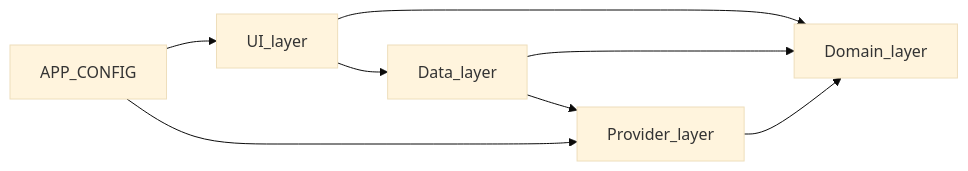
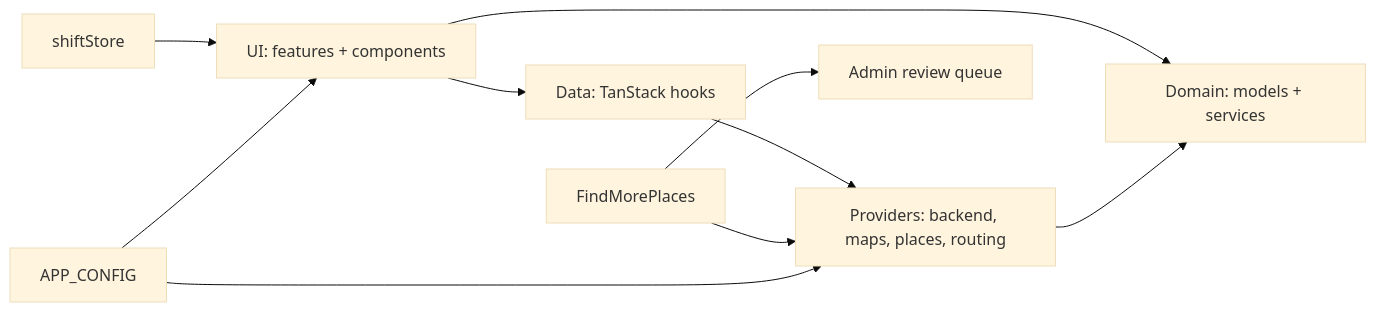
Before and after one commit to tyler-vse/MissionGrid: the diagram in README.md, drawn with Mermaid (base theme). The commit also changed other lines of this file and 30 other files, not shown here.

Commit message:
Update Vite configuration colors, enhance backend provider with suggested places and recent events, improve map provider overlays, and refine UI components for better user experience.

````diff
--- a/README.md
+++ b/README.md
@@ -65,10 +86,12 @@
 ```mermaid
 flowchart LR
-  UI[UI_layer] --> Data[Data_layer]
-  Data --> Providers[Provider_layer]
-  UI --> Domain[Domain_layer]
-  Data --> Domain
+  UI[UI: features + components] --> Data[Data: TanStack hooks]
+  Data --> Providers[Providers: backend, maps, places, routing]
+  UI --> Domain[Domain: models + services]
+  Shift[shiftStore] --> UI
+  FindMore[FindMorePlaces] --> Providers
+  FindMore --> Admin[Admin review queue]
   Providers --> Domain
   Config[APP_CONFIG] --> UI
   Config --> Providers
 ```
````
